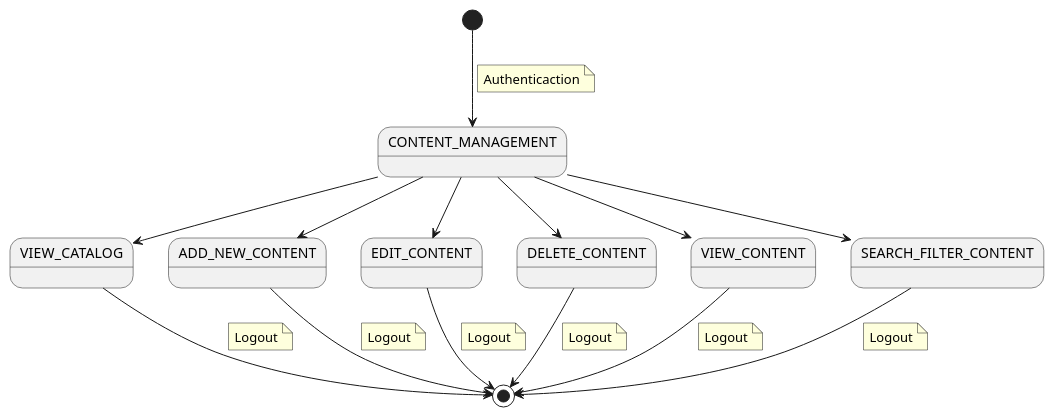
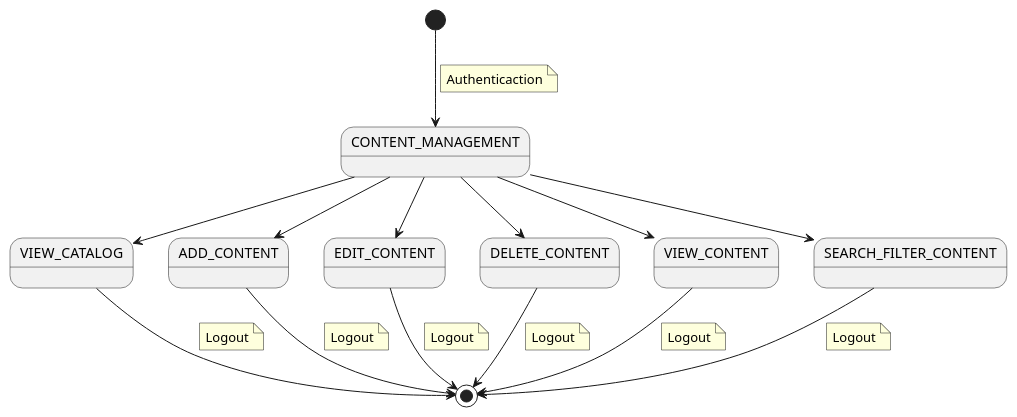
Before and after one commit to vfred0/requeriments-flixxic: the diagram in docs/1-requeriments/1-actors-use-cases/admin/use-cases-context.puml, drawn with PlantUML. The commit also changed 1 other file, not shown here.

Commit message:
Changed to ADD_CONTENT

```diff
--- a/docs/1-requeriments/1-actors-use-cases/admin/use-cases-context.puml
+++ b/docs/1-requeriments/1-actors-use-cases/admin/use-cases-context.puml
@@ -1,38 +1,38 @@
 @startuml use-cases-context
 [*] --> CONTENT_MANAGEMENT
 note on link
   Authenticaction
 end note
 
 CONTENT_MANAGEMENT --> VIEW_CATALOG
-CONTENT_MANAGEMENT --> ADD_NEW_CONTENT
+CONTENT_MANAGEMENT --> ADD_CONTENT
 CONTENT_MANAGEMENT --> EDIT_CONTENT
 CONTENT_MANAGEMENT --> DELETE_CONTENT
 CONTENT_MANAGEMENT --> VIEW_CONTENT
 CONTENT_MANAGEMENT --> SEARCH_FILTER_CONTENT
 
 VIEW_CATALOG --> [*]
 note on link
   Logout
 end note
-ADD_NEW_CONTENT --> [*]
+ADD_CONTENT --> [*]
 note on link
   Logout
 end note
 EDIT_CONTENT --> [*]
 note on link
   Logout
 end note
 DELETE_CONTENT --> [*]
 note on link
   Logout
 end note
 VIEW_CONTENT --> [*]
 note on link
   Logout
 end note
 SEARCH_FILTER_CONTENT --> [*]
 note on link
   Logout
 end note
 @enduml
```
